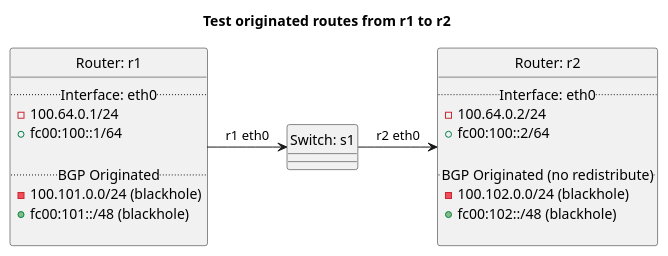
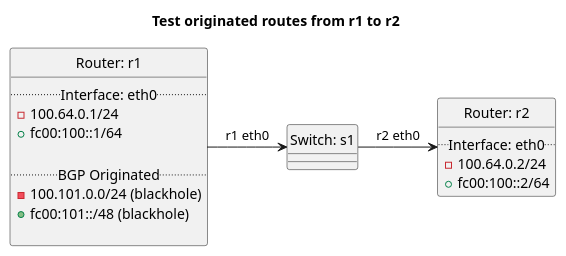
Before and after one commit to oscdev-io/birdplan: the diagram in tests/t40_bgp/t37_redistribute_originated/README.md, drawn with PlantUML. The commit also changed 1785 other files, not shown here.

````diff
--- a/tests/t40_bgp/t37_redistribute_originated/README.md
+++ b/tests/t40_bgp/t37_redistribute_originated/README.md
@@ -8,38 +8,33 @@
 ```plantuml
 @startuml
 hide circle
 title Test originated routes from r1 to r2
 
 
 class "Router: r1" {
   .. Interface: eth0 ..
 - 100.64.0.1/24
 + fc00:100::1/64
 
   .. BGP Originated ..
 - 100.101.0.0/24 (blackhole)
 + fc00:101::/48 (blackhole)
 
 }
 
 
 class "Router: r2" {
   .. Interface: eth0 ..
 - 100.64.0.2/24
 + fc00:100::2/64
-
-  .. BGP Originated (no redistribute)..
-- 100.102.0.0/24 (blackhole)
-+ fc00:102::/48 (blackhole)
-
 }
 
 
 class "Switch: s1" {}
 
 
 "Router: r1" -> "Switch: s1": r1 eth0
 "Switch: s1" -> "Router: r2": r2 eth0
 
 @enduml
 ```
````
